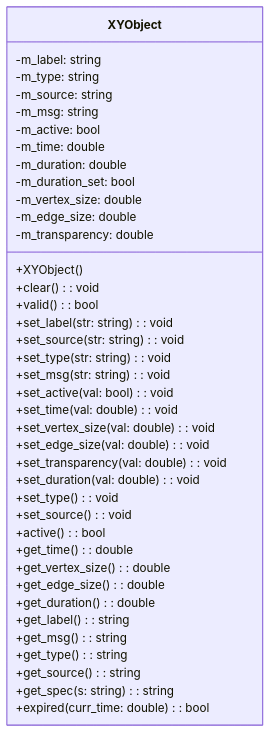
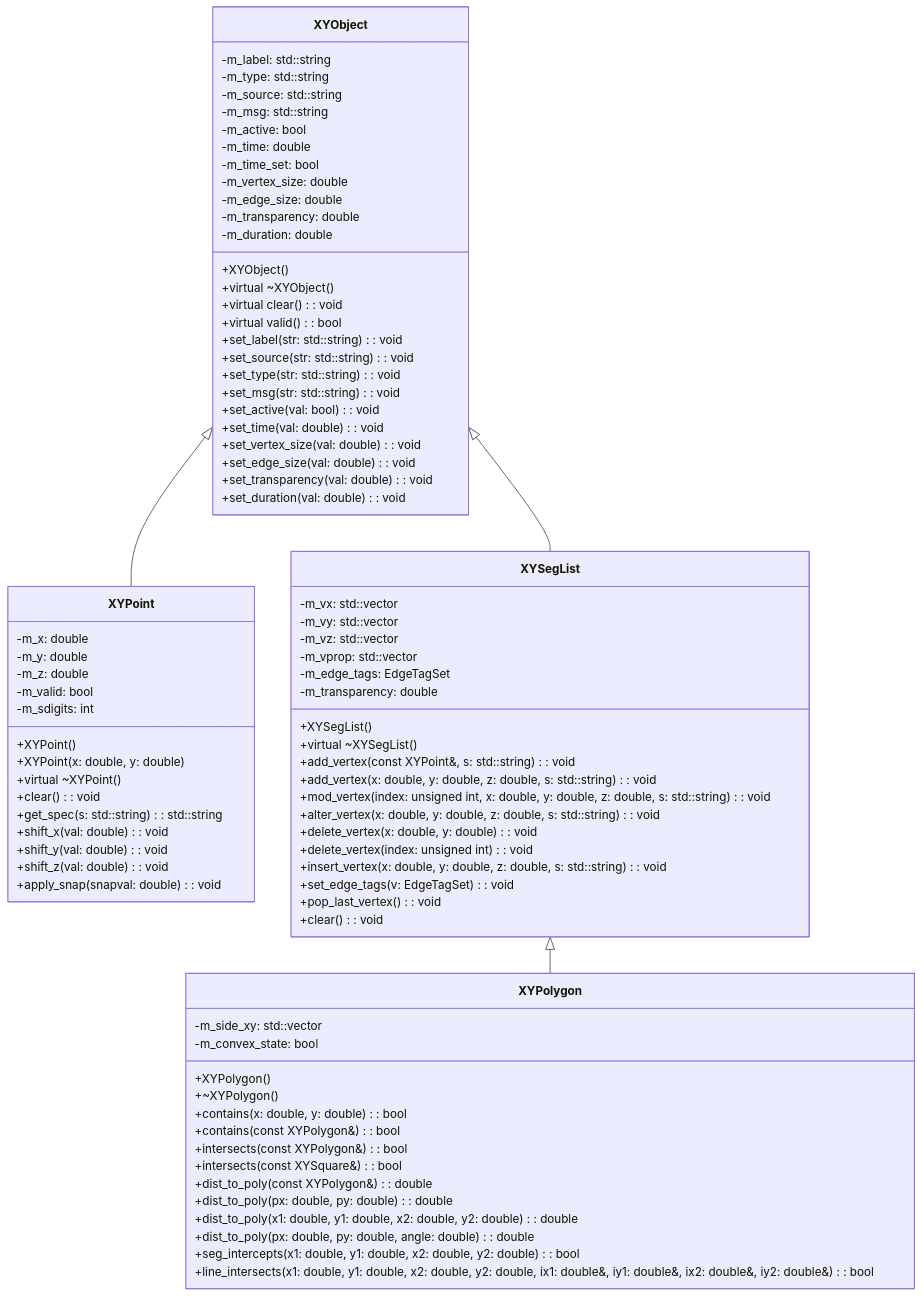
One commit to ARG-NCTU/oop-python-nycu changed the diagram in docs/oop_lec9_class_diagrams/team_ta_pyivp.md. Above: the diagram before and after it, drawn with Mermaid.

````diff
--- a/docs/oop_lec9_class_diagrams/team_ta_pyivp.md
+++ b/docs/oop_lec9_class_diagrams/team_ta_pyivp.md
@@ -2,42 +2,90 @@
 ```mermaid
 classDiagram
     class XYObject {
-      -m_label: string
-      -m_type: string
-      -m_source: string
-      -m_msg: string
-      -m_active: bool
-      -m_time: double
-      -m_duration: double
-      -m_duration_set: bool
-      -m_vertex_size: double
-      -m_edge_size: double
-      -m_transparency: double
-      +XYObject()
-      +clear(): void
-      +valid(): bool
-      +set_label(str: string): void
-      +set_source(str: string): void
-      +set_type(str: string): void
-      +set_msg(str: string): void
-      +set_active(val: bool): void
-      +set_time(val: double): void
-      +set_vertex_size(val: double): void
-      +set_edge_size(val: double): void
-      +set_transparency(val: double): void
-      +set_duration(val: double): void
-      +set_type(): void
-      +set_source(): void
-      +active(): bool
-      +get_time(): double
-      +get_vertex_size(): double
-      +get_edge_size(): double
-      +get_duration(): double
-      +get_label(): string
-      +get_msg(): string
-      +get_type(): string
-      +get_source(): string
-      +get_spec(s: string): string
-      +expired(curr_time: double): bool
+        +XYObject()
+        +virtual ~XYObject()
+        +virtual clear(): void
+        +virtual valid(): bool
+        +set_label(str: std::string): void
+        +set_source(str: std::string): void
+        +set_type(str: std::string): void
+        +set_msg(str: std::string): void
+        +set_active(val: bool): void
+        +set_time(val: double): void
+        +set_vertex_size(val: double): void
+        +set_edge_size(val: double): void
+        +set_transparency(val: double): void
+        +set_duration(val: double): void
+        -m_label: std::string
+        -m_type: std::string
+        -m_source: std::string
+        -m_msg: std::string
+        -m_active: bool
+        -m_time: double
+        -m_time_set: bool
+        -m_vertex_size: double
+        -m_edge_size: double
+        -m_transparency: double
+        -m_duration: double
     }
+
+    class XYPoint {
+        +XYPoint()
+        +XYPoint(x: double, y: double)
+        +virtual ~XYPoint()
+        +clear(): void
+        +get_spec(s: std::string): std::string
+        +shift_x(val: double): void
+        +shift_y(val: double): void
+        +shift_z(val: double): void
+        +apply_snap(snapval: double): void
+        -m_x: double
+        -m_y: double
+        -m_z: double
+        -m_valid: bool
+        -m_sdigits: int
+    }
+
+    class XYSegList {
+        +XYSegList()
+        +virtual ~XYSegList()
+        +add_vertex(const XYPoint&, s: std::string): void
+        +add_vertex(x: double, y: double, z: double, s: std::string): void
+        +mod_vertex(index: unsigned int, x: double, y: double, z: double, s: std::string): void
+        +alter_vertex(x: double, y: double, z: double, s: std::string): void
+        +delete_vertex(x: double, y: double): void
+        +delete_vertex(index: unsigned int): void
+        +insert_vertex(x: double, y: double, z: double, s: std::string): void
+        +set_edge_tags(v: EdgeTagSet): void
+        +pop_last_vertex(): void
+        +clear(): void
+        -m_vx: std::vector<double>
+        -m_vy: std::vector<double>
+        -m_vz: std::vector<double>
+        -m_vprop: std::vector<std::string>
+        -m_edge_tags: EdgeTagSet
+        -m_transparency: double
+    }
+
+    class XYPolygon {
+        +XYPolygon()
+        +~XYPolygon()
+        +contains(x: double, y: double): bool
+        +contains(const XYPolygon&): bool
+        +intersects(const XYPolygon&): bool
+        +intersects(const XYSquare&): bool
+        +dist_to_poly(const XYPolygon&): double
+        +dist_to_poly(px: double, py: double): double
+        +dist_to_poly(x1: double, y1: double, x2: double, y2: double): double
+        +dist_to_poly(px: double, py: double, angle: double): double
+        +seg_intercepts(x1: double, y1: double, x2: double, y2: double): bool
+        +line_intersects(x1: double, y1: double, x2: double, y2: double, ix1: double&, iy1: double&, ix2: double&, iy2: double&): bool
+        -m_side_xy: std::vector<int>
+        -m_convex_state: bool
+    }
+
+    XYObject <|-- XYPoint
+    XYObject <|-- XYSegList
+    XYSegList <|-- XYPolygon
+
 ```
````
